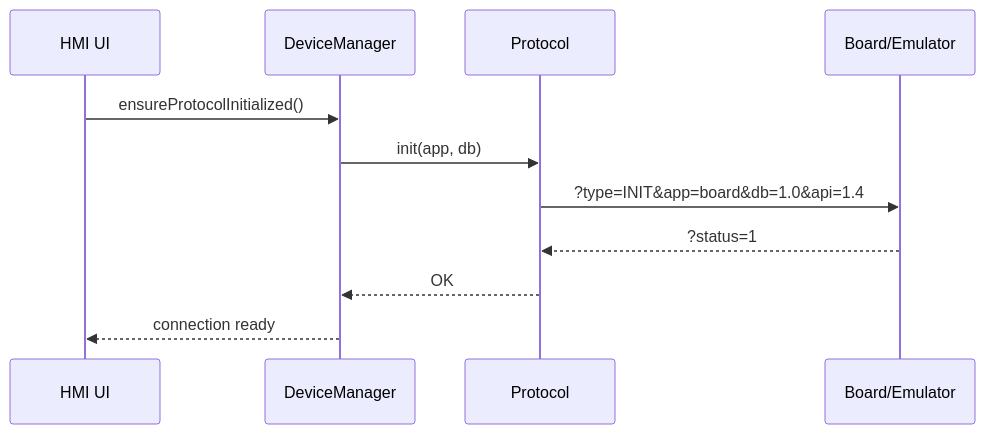
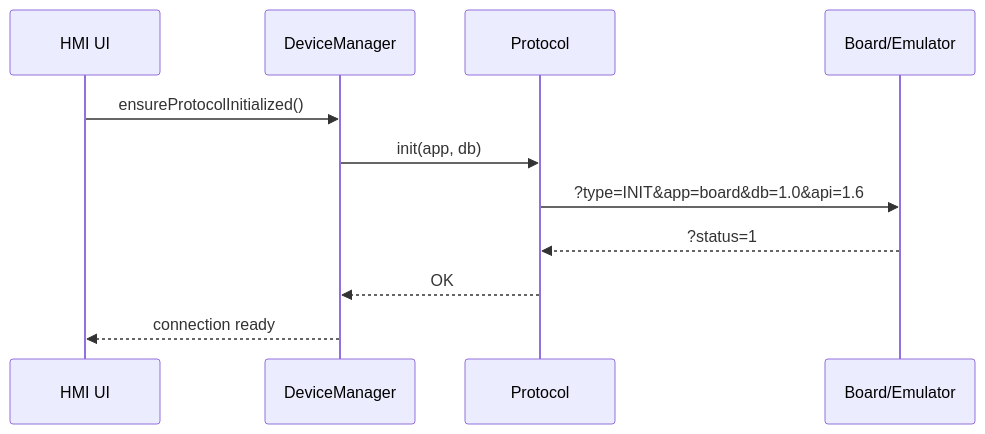
The first of 4 diagrams in docs/PROTOCOL_EN.md (sgtkingo/EduBox-HUB-Panel), drawn with Mermaid before and after one commit. The commit also changed other lines of this file and 20 other files, not shown here.

````diff
--- a/docs/PROTOCOL_EN.md
+++ b/docs/PROTOCOL_EN.md
@@ -411,14 +439,14 @@
 ```mermaid
 sequenceDiagram
     participant UI as HMI UI
     participant DM as DeviceManager
     participant P as Protocol
     participant HW as Board/Emulator
 
     UI->>DM: ensureProtocolInitialized()
     DM->>P: init(app, db)
-    P->>HW: ?type=INIT&app=board&db=1.0&api=1.4
+    P->>HW: ?type=INIT&app=board&db=1.0&api=1.6
     HW-->>P: ?status=1
     P-->>DM: OK
     DM-->>UI: connection ready
 ```
````
